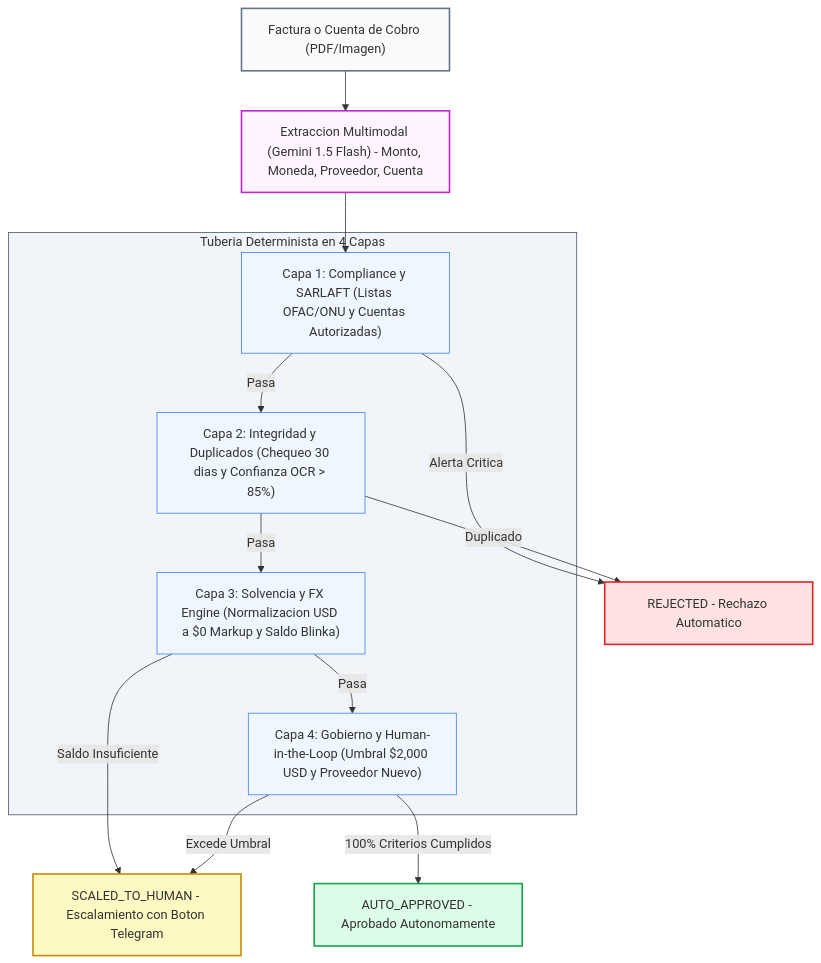
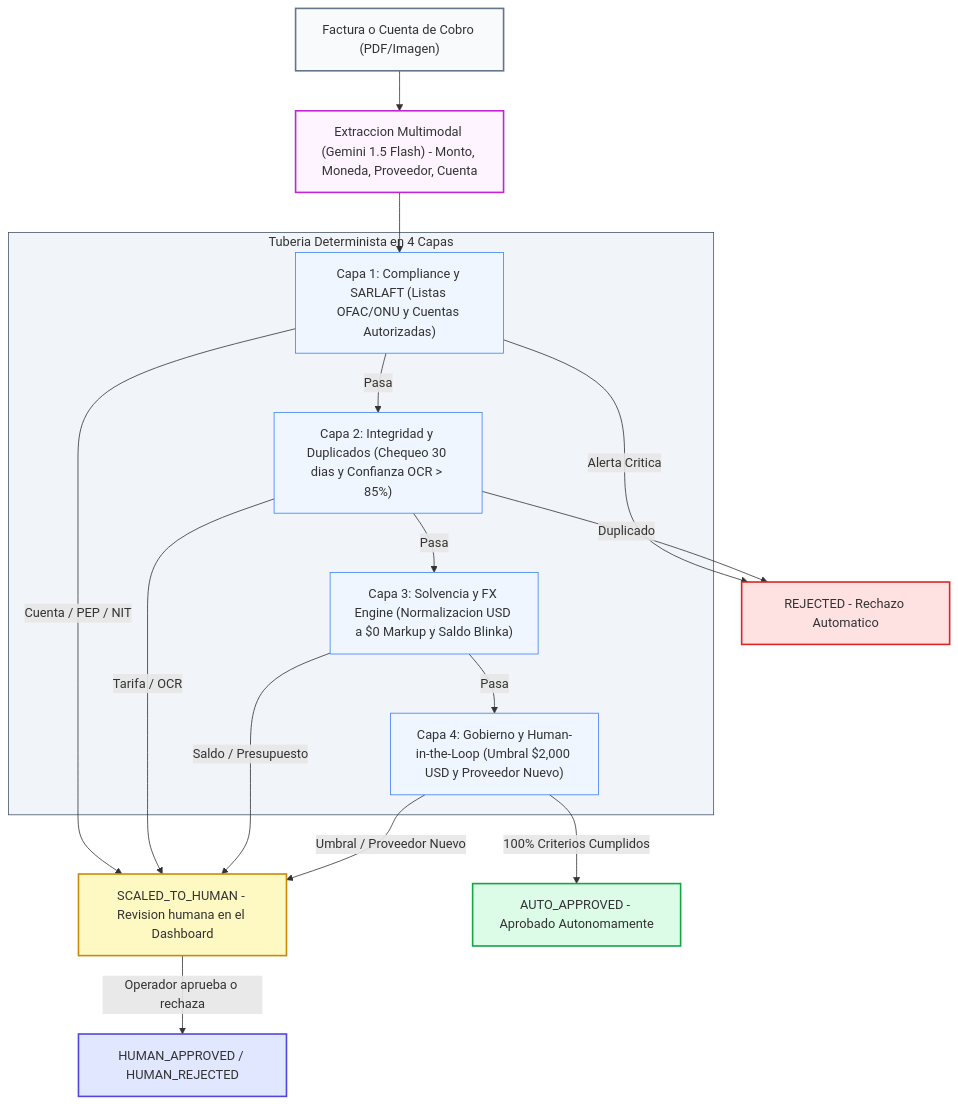
Before and after one commit to Oriojas/30X_404_team: the second of 2 diagrams in docs/arquitectura/arquitectura_solucion_v4.md, drawn with Mermaid. The commit also changed other lines of this file and 43 other files, not shown here.

````diff
--- a/docs/arquitectura/arquitectura_solucion_v4.md
+++ b/docs/arquitectura/arquitectura_solucion_v4.md
@@ -107,34 +109,38 @@
 ```mermaid
 flowchart TD
     Doc["Factura o Cuenta de Cobro (PDF/Imagen)"] --> OCR["Extraccion Multimodal (Gemini 1.5 Flash) - Monto, Moneda, Proveedor, Cuenta"]
 
     subgraph Pipeline ["Tuberia Determinista en 4 Capas"]
         Capa1["Capa 1: Compliance y SARLAFT (Listas OFAC/ONU y Cuentas Autorizadas)"]
         Capa2["Capa 2: Integridad y Duplicados (Chequeo 30 dias y Confianza OCR > 85%)"]
         Capa3["Capa 3: Solvencia y FX Engine (Normalizacion USD a $0 Markup y Saldo Blinka)"]
         Capa4["Capa 4: Gobierno y Human-in-the-Loop (Umbral $2,000 USD y Proveedor Nuevo)"]
 
         Capa1 -->|"Pasa"| Capa2
         Capa2 -->|"Pasa"| Capa3
         Capa3 -->|"Pasa"| Capa4
     end
 
     OCR --> Capa1
 
     Capa1 -->|"Alerta Critica"| Rejected["REJECTED - Rechazo Automatico"]
     Capa2 -->|"Duplicado"| Rejected
-    Capa3 -->|"Saldo Insuficiente"| Scaled["SCALED_TO_HUMAN - Escalamiento con Boton Telegram"]
-    Capa4 -->|"Excede Umbral"| Scaled
+    Capa1 -->|"Cuenta / PEP / NIT"| Scaled
+    Capa2 -->|"Tarifa / OCR"| Scaled
+    Capa3 -->|"Saldo / Presupuesto"| Scaled["SCALED_TO_HUMAN - Revision humana en el Dashboard"]
+    Capa4 -->|"Umbral / Proveedor Nuevo"| Scaled
+    Scaled -->|"Operador aprueba o rechaza"| Human["HUMAN_APPROVED / HUMAN_REJECTED"]
     Capa4 -->|"100% Criterios Cumplidos"| Approved["AUTO_APPROVED - Aprobado Autonomamente"]
 
     style Doc fill:#f8fafc,stroke:#64748b,stroke-width:2px
     style OCR fill:#fdf4ff,stroke:#c026d3,stroke-width:2px
     style Pipeline fill:#f1f5f9,stroke:#475569,stroke-width:1px
     style Capa1 fill:#eff6ff,stroke:#3b82f6,stroke-width:1px
     style Capa2 fill:#eff6ff,stroke:#3b82f6,stroke-width:1px
     style Capa3 fill:#eff6ff,stroke:#3b82f6,stroke-width:1px
     style Capa4 fill:#eff6ff,stroke:#3b82f6,stroke-width:1px
     style Approved fill:#dcfce7,stroke:#16a34a,stroke-width:2px
     style Scaled fill:#fef9c3,stroke:#ca8a04,stroke-width:2px
     style Rejected fill:#fee2e2,stroke:#dc2626,stroke-width:2px
+    style Human fill:#e0e7ff,stroke:#4f46e5,stroke-width:2px
 ```
````
